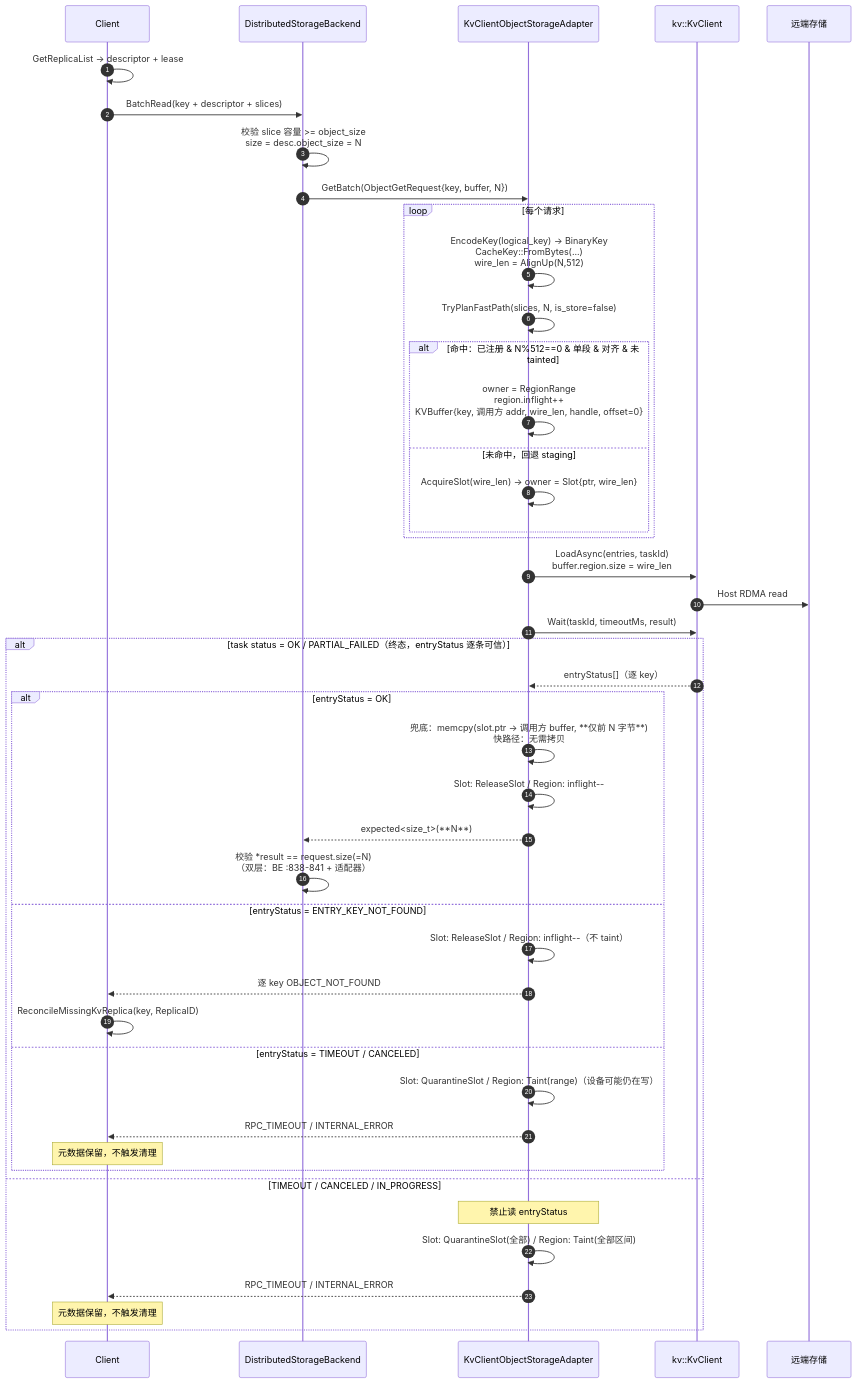
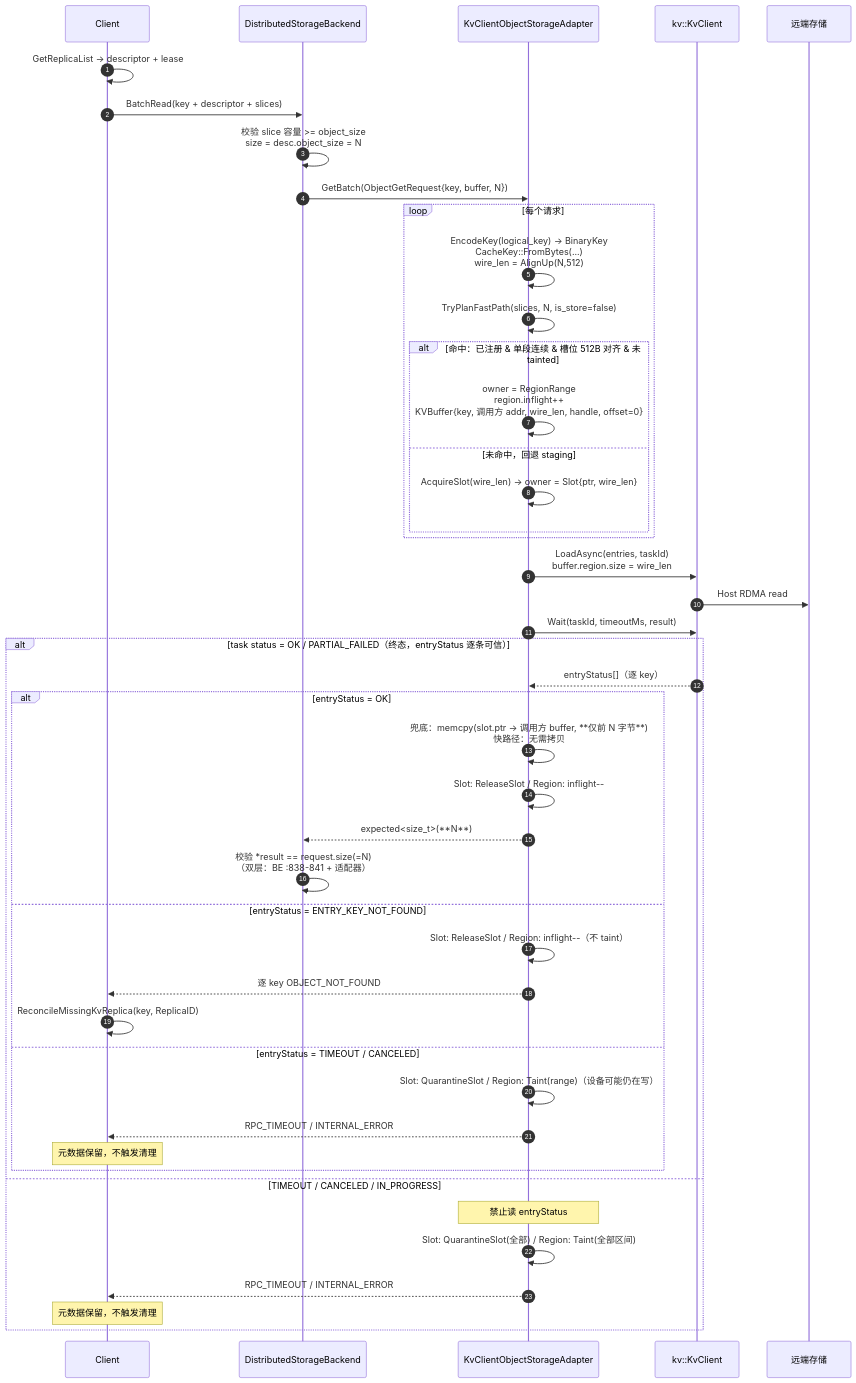
One commit to zwj20000328-dotcom/Mooncake-documents changed the tenth of 13 diagrams in Mooncake + KVClient L3 接入（Kvcs）- v3.md. Above: the diagram before and after it, drawn with Mermaid. The commit also changed other lines of this file, not shown here.

````diff
--- a/Mooncake + KVClient L3 接入（Kvcs）- v3.md
+++ b/Mooncake + KVClient L3 接入（Kvcs）- v3.md
@@ -670,48 +670,48 @@
 ```mermaid
 sequenceDiagram
     autonumber
     participant C as Client
     participant BE as DistributedStorageBackend
     participant AD as KvClientObjectStorageAdapter
     participant SDK as kv::KvClient
     participant S as 远端存储
 
     C->>C: GetReplicaList → descriptor + lease
     C->>BE: BatchRead(key + descriptor + slices)
     BE->>BE: 校验 slice 容量 >= object_size<br/>size = desc.object_size = N
     BE->>AD: GetBatch(ObjectGetRequest{key, buffer, N})
     loop 每个请求
         AD->>AD: EncodeKey(logical_key) → BinaryKey<br/>CacheKey::FromBytes(...)<br/>wire_len = AlignUp(N,512)
         AD->>AD: TryPlanFastPath(slices, N, is_store=false)
-        alt 命中：已注册 & N%512==0 & 单段 & 对齐 & 未 tainted
+        alt 命中：已注册 & 单段连续 & 槽位 512B 对齐 & 未 tainted
             AD->>AD: owner = RegionRange<br/>region.inflight++<br/>KVBuffer{key, 调用方 addr, wire_len, handle, offset=0}
         else 未命中，回退 staging
             AD->>AD: AcquireSlot(wire_len) → owner = Slot{ptr, wire_len}
         end
     end
     AD->>SDK: LoadAsync(entries, taskId)<br/>buffer.region.size = wire_len
     SDK->>S: Host RDMA read
     AD->>SDK: Wait(taskId, timeoutMs, result)
     alt task status = OK / PARTIAL_FAILED（终态，entryStatus 逐条可信）
         SDK-->>AD: entryStatus[]（逐 key）
         alt entryStatus = OK
             AD->>AD: 兜底：memcpy(slot.ptr → 调用方 buffer, **仅前 N 字节**)<br/>快路径：无需拷贝
             AD->>AD: Slot: ReleaseSlot / Region: inflight--
             AD-->>BE: expected<size_t>(**N**)
             BE->>BE: 校验 *result == request.size(=N)<br/>（双层：BE :838-841 + 适配器）
         else entryStatus = ENTRY_KEY_NOT_FOUND
             AD->>AD: Slot: ReleaseSlot / Region: inflight--（不 taint）
             AD-->>C: 逐 key OBJECT_NOT_FOUND
             C->>C: ReconcileMissingKvReplica(key, ReplicaID)
         else entryStatus = TIMEOUT / CANCELED
             AD->>AD: Slot: QuarantineSlot / Region: Taint(range)（设备可能仍在写）
             AD-->>C: RPC_TIMEOUT / INTERNAL_ERROR
             Note over C: 元数据保留，不触发清理
         end
     else TIMEOUT / CANCELED / IN_PROGRESS
         Note over AD: 禁止读 entryStatus
         AD->>AD: Slot: QuarantineSlot(全部) / Region: Taint(全部区间)
         AD-->>C: RPC_TIMEOUT / INTERNAL_ERROR
         Note over C: 元数据保留，不触发清理
     end
 ```
````
